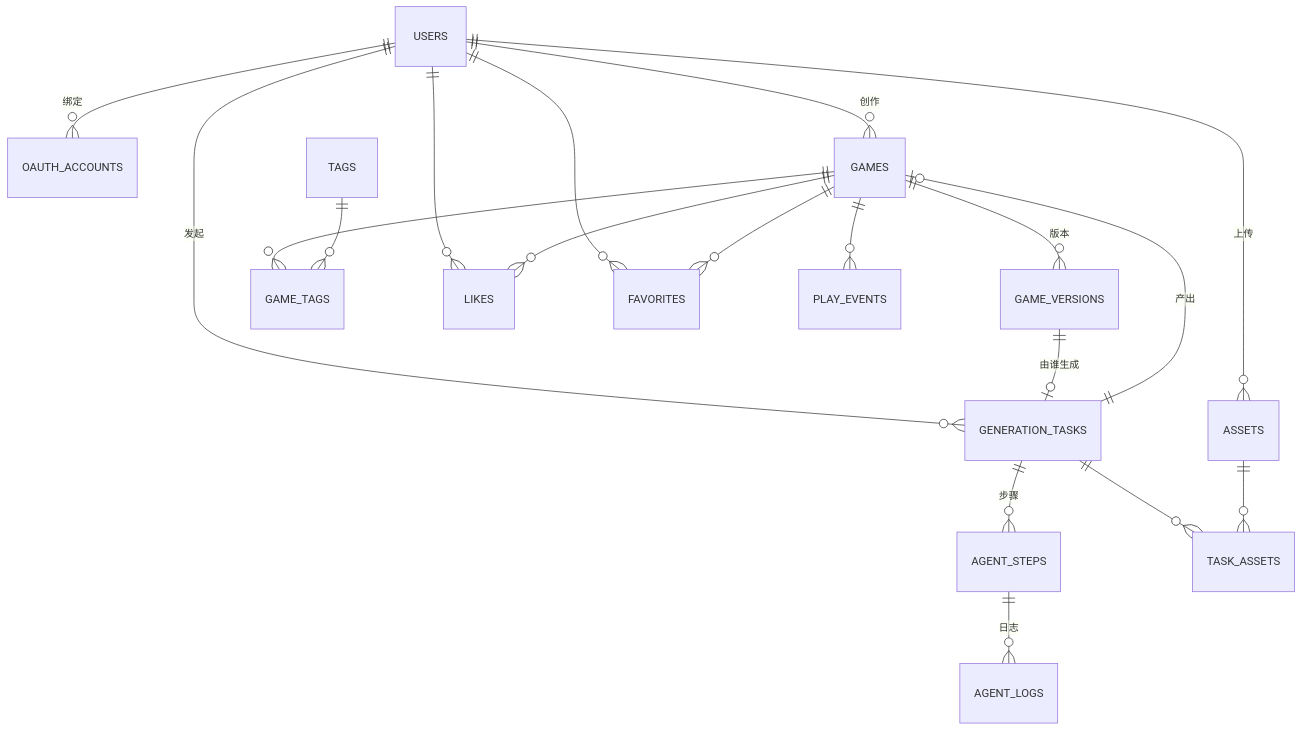
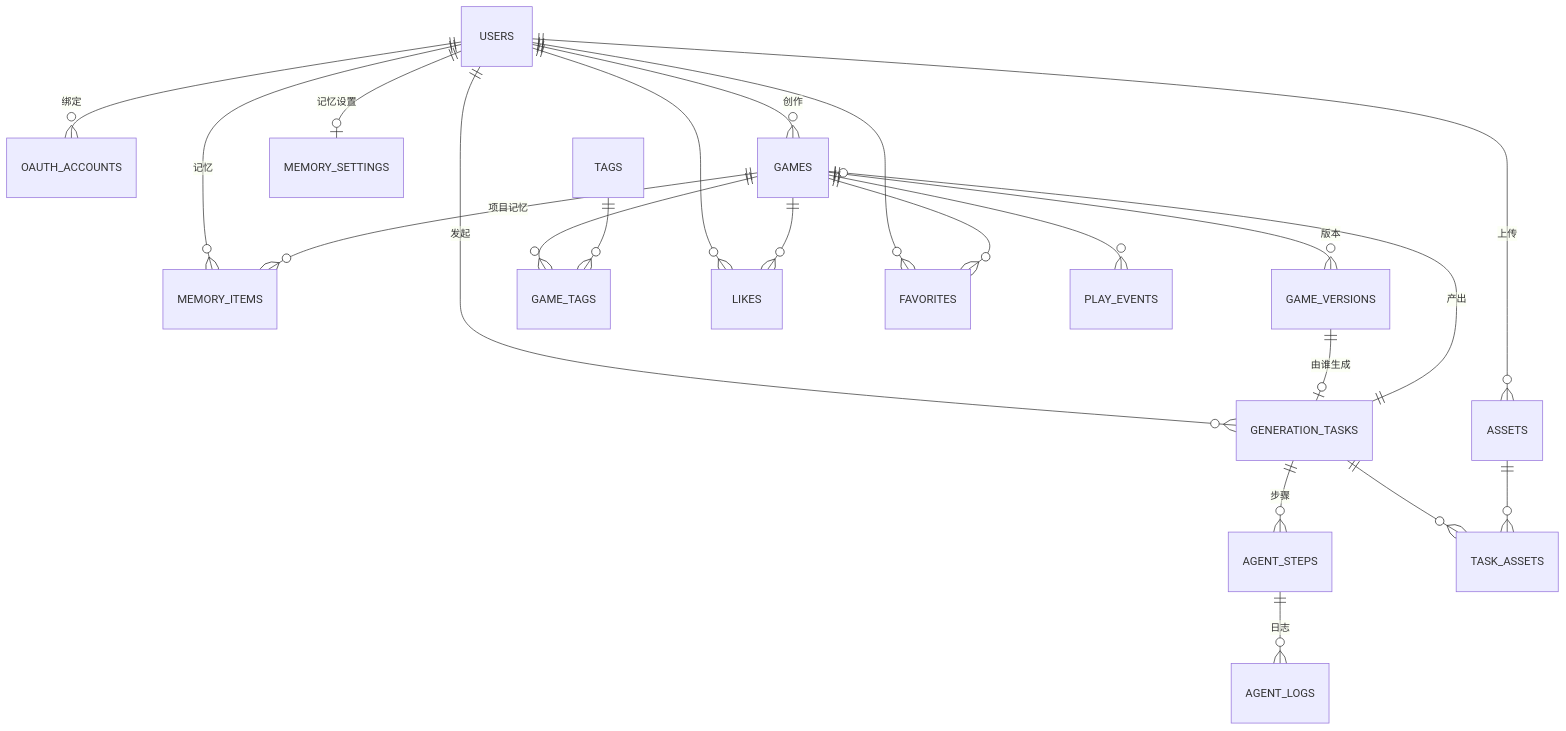
One commit to charlie11sun-netizen/yahaha changed the diagram in docs/数据模型与接口.md. Above: the diagram before and after it, drawn with Mermaid. The commit also changed other lines of this file and 25 other files, not shown here.

````diff
--- a/docs/数据模型与接口.md
+++ b/docs/数据模型与接口.md
@@ -11,21 +11,24 @@
 ```mermaid
 erDiagram
   USERS ||--o{ OAUTH_ACCOUNTS : "绑定"
   USERS ||--o{ GAMES : "创作"
   USERS ||--o{ GENERATION_TASKS : "发起"
   USERS ||--o{ ASSETS : "上传"
+  USERS ||--o| MEMORY_SETTINGS : "记忆设置"
+  USERS ||--o{ MEMORY_ITEMS : "记忆"
   GAMES ||--o{ GAME_VERSIONS : "版本"
+  GAMES ||--o{ MEMORY_ITEMS : "项目记忆"
   GAMES ||--o{ GAME_TAGS : ""
   TAGS  ||--o{ GAME_TAGS : ""
   GENERATION_TASKS ||--o{ AGENT_STEPS : "步骤"
   AGENT_STEPS ||--o{ AGENT_LOGS : "日志"
   GENERATION_TASKS ||--o{ TASK_ASSETS : ""
   ASSETS ||--o{ TASK_ASSETS : ""
   GENERATION_TASKS ||--o| GAMES : "产出"
   GAME_VERSIONS ||--o| GENERATION_TASKS : "由谁生成"
   USERS ||--o{ LIKES : ""
   GAMES ||--o{ LIKES : ""
   USERS ||--o{ FAVORITES : ""
   GAMES ||--o{ FAVORITES : ""
   GAMES ||--o{ PLAY_EVENTS : ""
 ```
````
